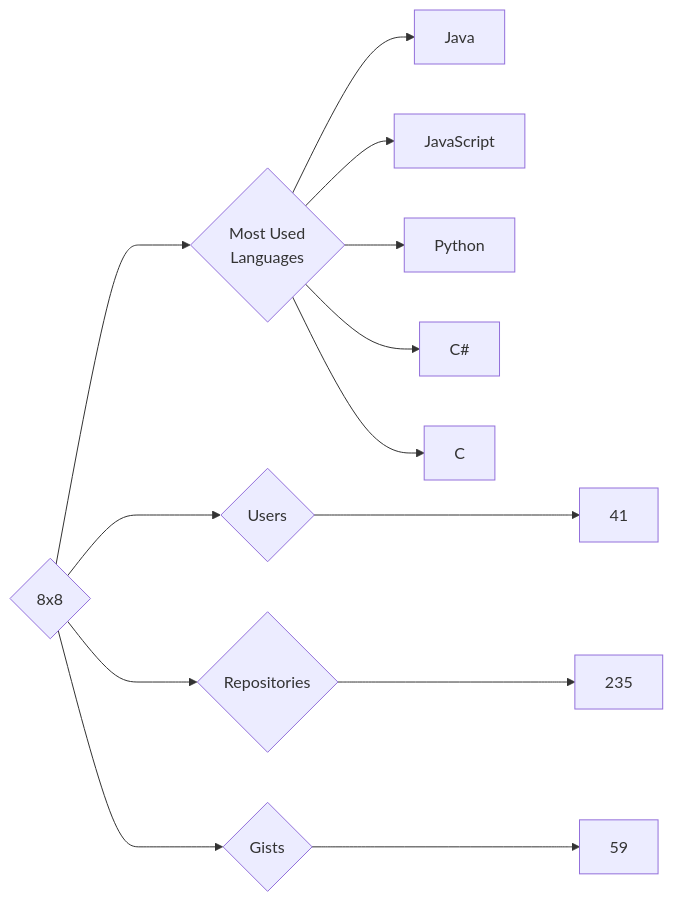
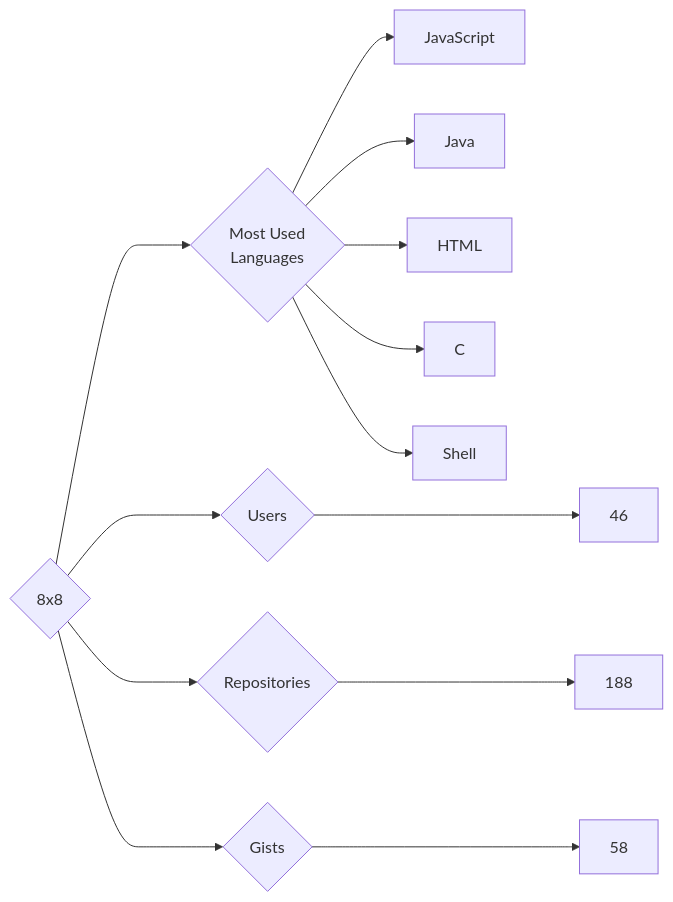
One commit to trickest/insiders changed the diagram in targets/8x8/README.md. Above: the diagram before and after it, drawn with Mermaid. The commit also changed 984 other files, not shown here.

````diff
--- a/targets/8x8/README.md
+++ b/targets/8x8/README.md
@@ -3,13 +3,13 @@
 ```mermaid
 graph LR
 COMPANY_NAME{8x8}
-COMPANY_NAME ---> U{Users} ---> UN[41]
-COMPANY_NAME ---> R{Repositories} ---> RN[235]
-COMPANY_NAME ---> G{Gists} ---> GN[59]
+COMPANY_NAME ---> U{Users} ---> UN[46]
+COMPANY_NAME ---> R{Repositories} ---> RN[188]
+COMPANY_NAME ---> G{Gists} ---> GN[58]
 COMPANY_NAME ---> ML{Most Used<br>Languages}
+ML --> JavaScript[JavaScript]
 ML --> Java[Java]
-ML --> JavaScript[JavaScript]
-ML --> Python[Python]
-ML --> C#[C#]
+ML --> HTML[HTML]
 ML --> C[C]
+ML --> Shell[Shell]
 ```
````
